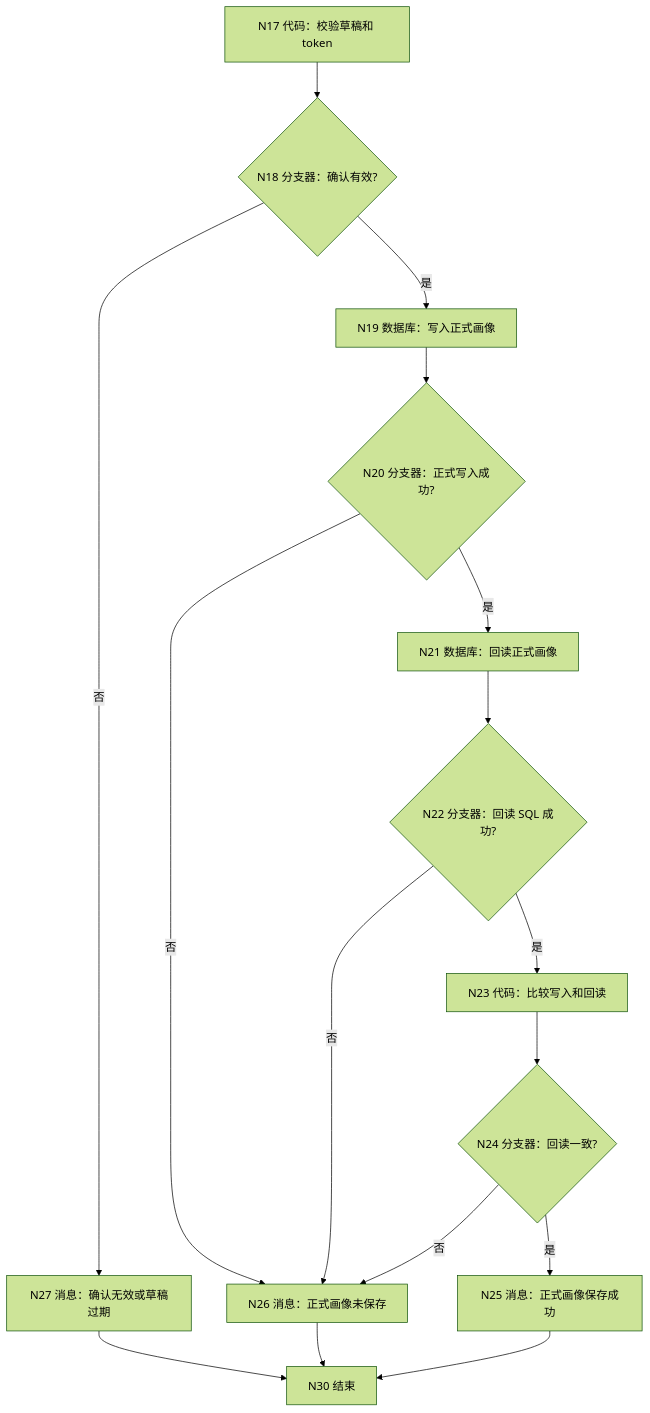
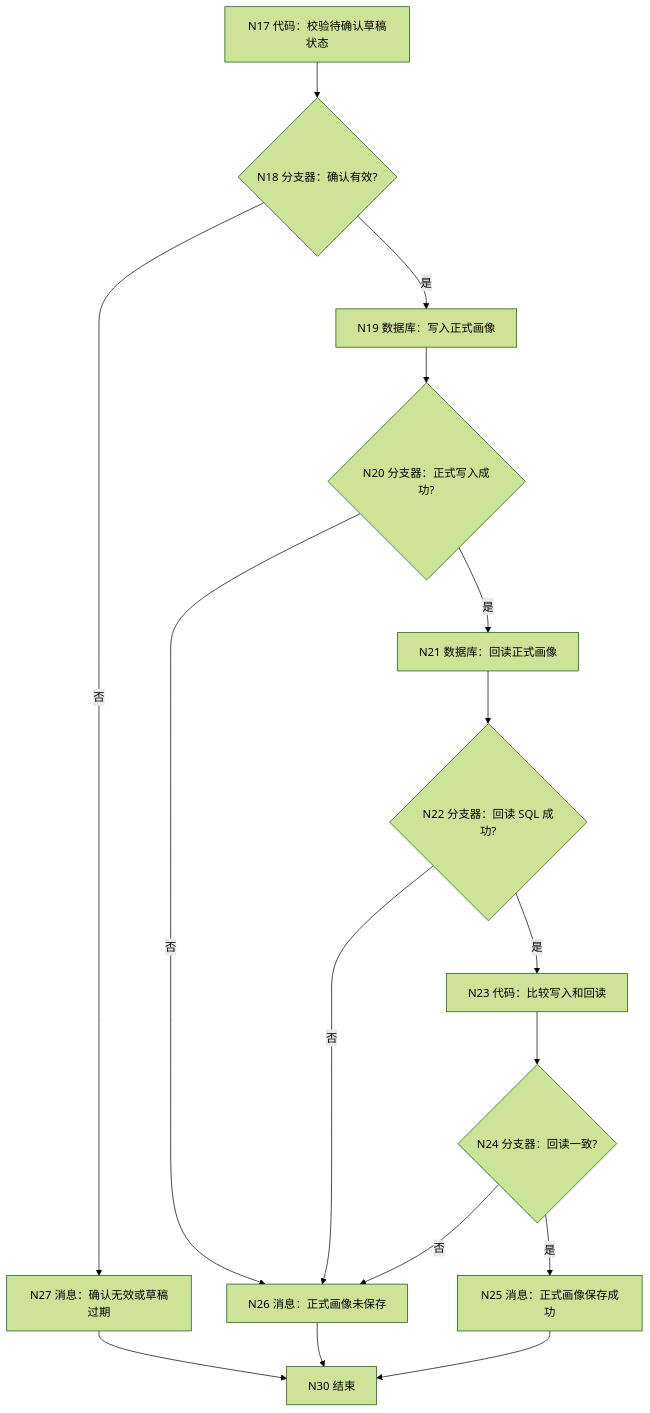
Before and after one commit to caoyue0115/university-life-planning-simulator: the second of 2 diagrams in docs/workflows/WF-01-user-profile.md, drawn with Mermaid (forest theme). The commit also changed other lines of this file and 3 other files, not shown here.

Commit message:
docs: align WF01 with verified single-param flow

````diff
--- a/docs/workflows/WF-01-user-profile.md
+++ b/docs/workflows/WF-01-user-profile.md
@@ -114,15 +129,15 @@
 ```mermaid
 flowchart TD
-    N17["N17 代码：校验草稿和 token"] --> N18{"N18 分支器：确认有效?"}
+    N17["N17 代码：校验待确认草稿状态"] --> N18{"N18 分支器：确认有效?"}
     N18 -->|否| N27["N27 消息：确认无效或草稿过期"] --> N30["N30 结束"]
     N18 -->|是| N19["N19 数据库：写入正式画像"]
     N19 --> N20{"N20 分支器：正式写入成功?"}
     N20 -->|否| N26["N26 消息：正式画像未保存"] --> N30
     N20 -->|是| N21["N21 数据库：回读正式画像"]
     N21 --> N22{"N22 分支器：回读 SQL 成功?"}
     N22 -->|否| N26
     N22 -->|是| N23["N23 代码：比较写入和回读"]
     N23 --> N24{"N24 分支器：回读一致?"}
     N24 -->|否| N26
     N24 -->|是| N25["N25 消息：正式画像保存成功"] --> N30
 ```
````
